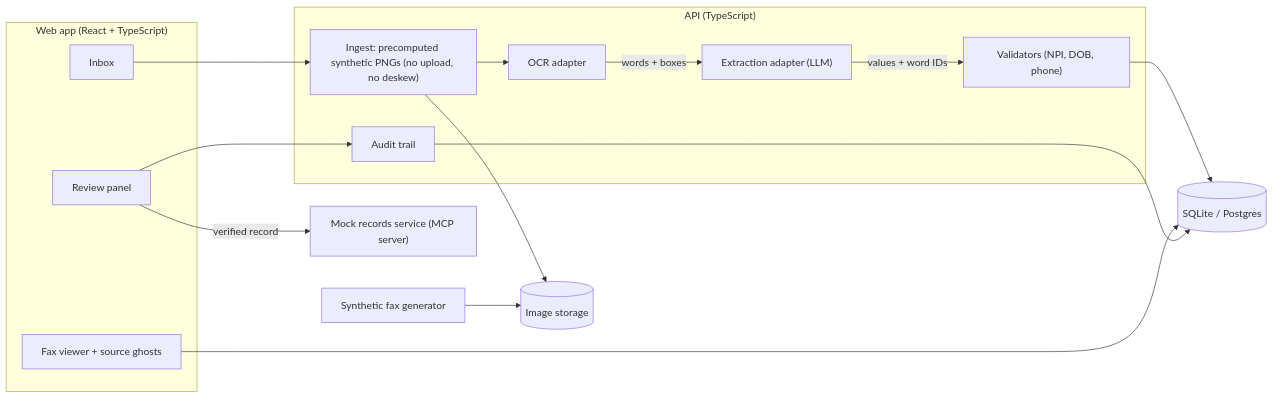
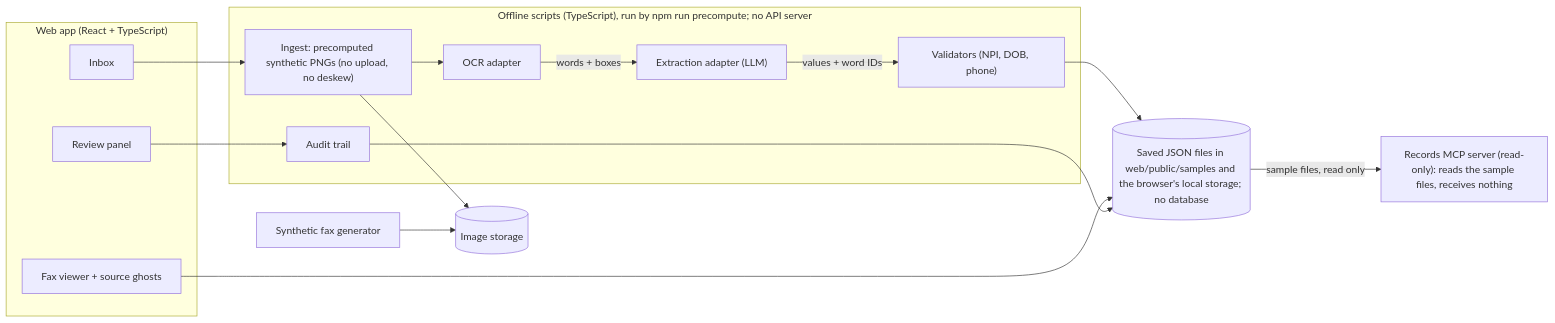
One commit to topmember-build/facsimortis changed the diagram in .kiro/specs/facsimortis/design.md. Above: the diagram before and after it, drawn with Mermaid. The commit also changed other lines of this file, not shown here.

Commit message:
Spec: the design diagram's API server, database and mock boxes (and the matching table rows) say what is built; original text kept

````diff
--- a/.kiro/specs/facsimortis/design.md
+++ b/.kiro/specs/facsimortis/design.md
@@ -7,33 +7,33 @@
 ```mermaid
 flowchart LR
   subgraph Client["Web app (React + TypeScript)"]
     Inbox["Inbox"]
     Viewer["Fax viewer + source ghosts"]
     Review["Review panel"]
   end
 
-  subgraph Server["API (TypeScript)"]
+  subgraph Server["Offline scripts (TypeScript), run by npm run precompute; no API server"]
     Ingest["Ingest: precomputed synthetic PNGs (no upload, no deskew)"]
     OCR["OCR adapter"]
     Extract["Extraction adapter (LLM)"]
     Validate["Validators (NPI, DOB, phone)"]
     Audit["Audit trail"]
   end
 
-  DB[("SQLite / Postgres")]
+  DB[("Saved JSON files in web/public/samples and the browser's local storage; no database")]
   Store[("Image storage")]
   Gen["Synthetic fax generator"]
-  Mock["Mock records service (MCP server)"]
+  Mock["Records MCP server (read-only): reads the sample files, receives nothing"]
 
   Inbox --> Ingest
   Gen --> Store
   Ingest --> Store
   Ingest --> OCR
   OCR -->|"words + boxes"| Extract
   Extract -->|"values + word IDs"| Validate
   Validate --> DB
   Viewer --> DB
   Review --> Audit
   Audit --> DB
-  Review -->|"verified record"| Mock
+  DB -->|"sample files, read only"| Mock
 ```
````
